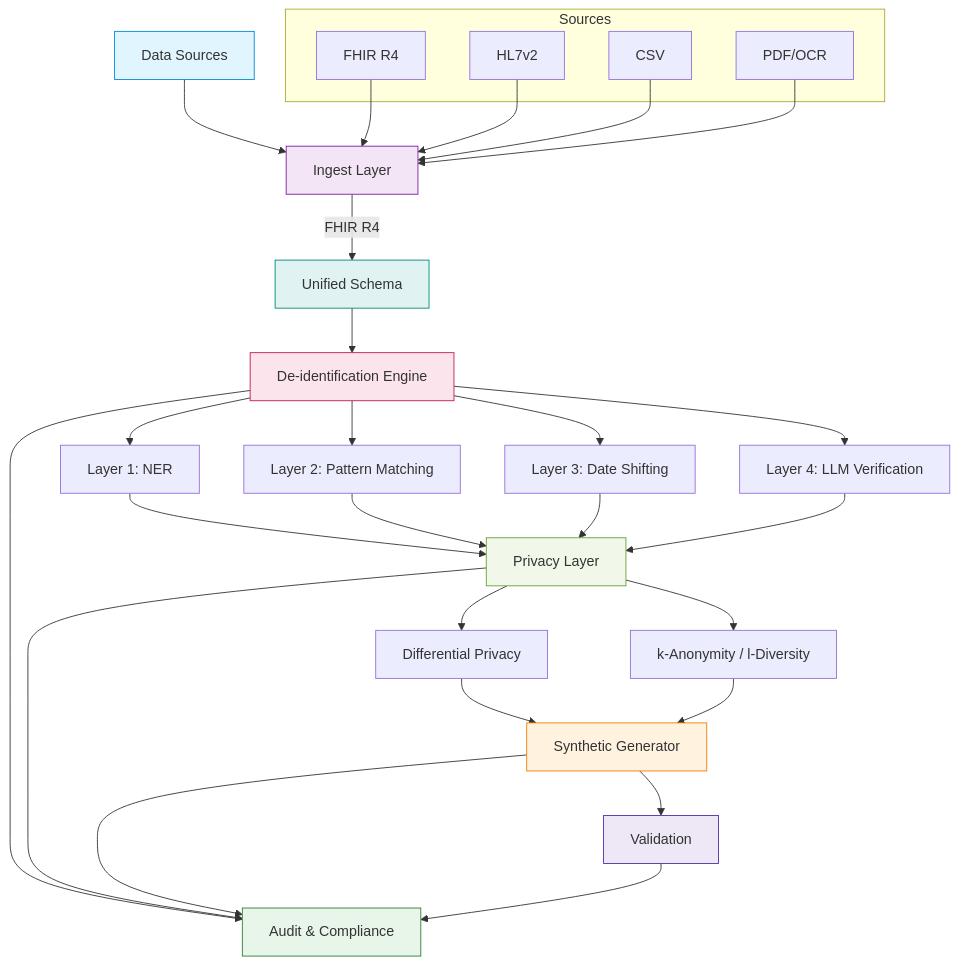
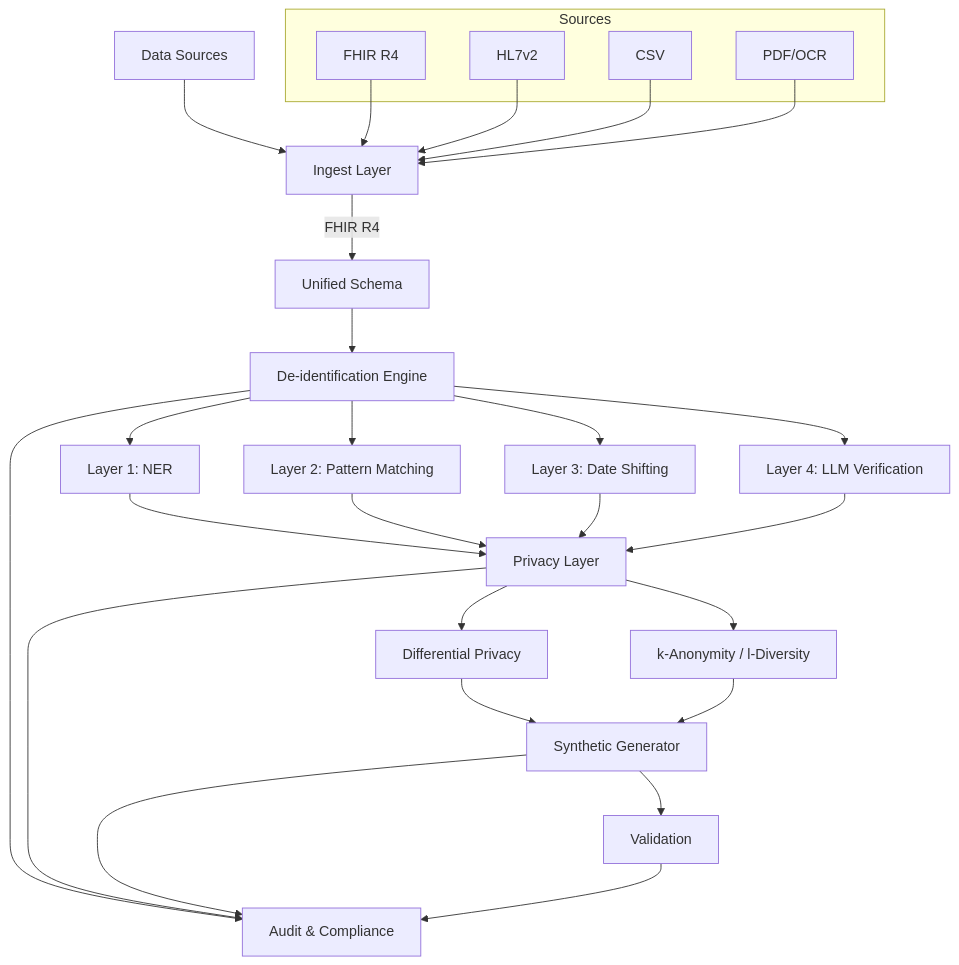
One commit to sushaan-k/healthpipe changed the diagram in README.md. Above: the diagram before and after it, drawn with Mermaid. The commit also changed other lines of this file and 13 other files, not shown here.

````diff
--- a/README.md
+++ b/README.md
@@ -134,39 +130,30 @@
 ```mermaid
 graph TD
     A[Data Sources] --> B[Ingest Layer]
     B --> |FHIR R4| C[Unified Schema]
     C --> D[De-identification Engine]
 
     D --> D1[Layer 1: NER]
     D --> D2[Layer 2: Pattern Matching]
     D --> D3[Layer 3: Date Shifting]
     D --> D4[Layer 4: LLM Verification]
 
     D1 & D2 & D3 & D4 --> E[Privacy Layer]
 
     E --> E1[Differential Privacy]
     E --> E2[k-Anonymity / l-Diversity]
 
     E1 & E2 --> F[Synthetic Generator]
     F --> G[Validation]
 
     D & E & F & G --> H[Audit & Compliance]
 
     subgraph Sources
         A1[FHIR R4]
         A2[HL7v2]
         A3[CSV]
         A4[PDF/OCR]
     end
 
     A1 & A2 & A3 & A4 --> B
-
-    style A fill:#e1f5ff,stroke:#0288d1
-    style B fill:#f3e5f5,stroke:#7b1fa2
-    style C fill:#e0f2f1,stroke:#00897b
-    style D fill:#fce4ec,stroke:#c2185b
-    style E fill:#f1f8e9,stroke:#689f38
-    style F fill:#fff3e0,stroke:#f57c00
-    style G fill:#ede7f6,stroke:#512da8
-    style H fill:#e8f5e9,stroke:#2e7d32
 ```
````
